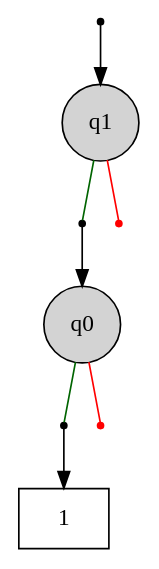
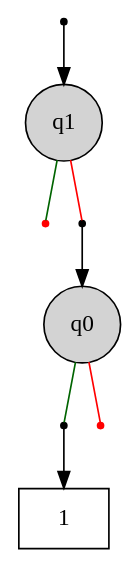
Before and after one commit to cda-tum/mqt-ddvis: the diagram in data/1.dot, drawn with Graphviz. The commit also changed 2 other files, not shown here.

```diff
--- a/data/1.dot
+++ b/data/1.dot
@@ -1,23 +1,23 @@
 digraph "DD" {
 graph [center=true, ordering=out];
 node [shape=circle, center=true];
 "T" [ shape = box, label="1" ];
 "R" [label="", shape=point];
 "0" [ label="q1" ,style=filled, fillcolor=lightgray ];
-"0h0"  [label="", shape=point];
-"0h2"  [label="", shape=point , fillcolor=red, color=red];
+"0h0"  [label="", shape=point , fillcolor=red, color=red];
+"0h2"  [label="", shape=point];
 "1" [ label="q0" ,style=filled, fillcolor=lightgray ];
 "1h0"  [label="", shape=point ];
 "1h2"  [label="", shape=point , fillcolor=red, color=red];
 
 "R" -> "0"
 {rank=same; "0h0" "0h2"}
 "0" -> "0h0" [arrowhead=none,color=darkgreen];
-"0h0" -> "1";
 "0" -> "0h2" [arrowhead=none,color=red];
+"0h2" -> "1";
 {rank=same; "1h0" "1h2"}
 "1" -> "1h0" [arrowhead=none,color=darkgreen];
 "1h0"-> "T";
 "1" -> "1h2" [arrowhead=none,color=red];
 
 }
```
